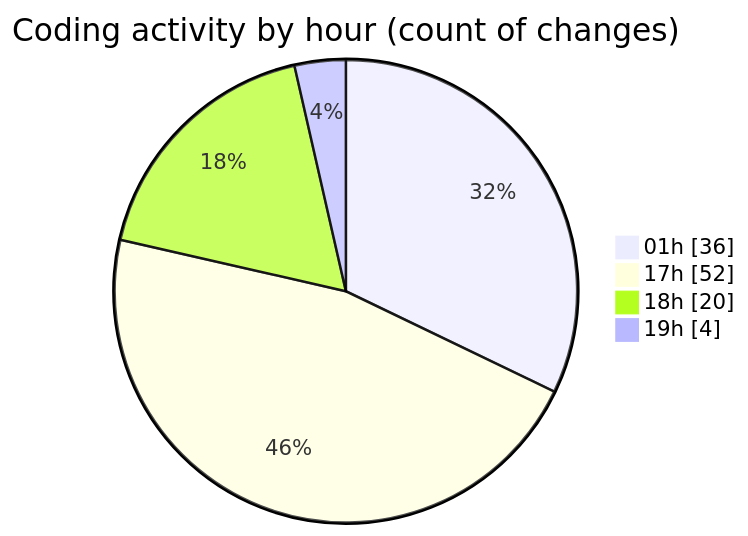
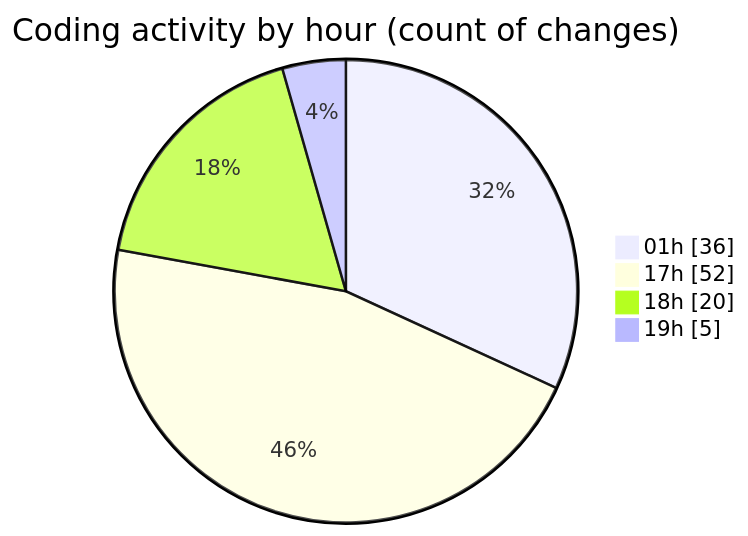
One commit to lephambinh05/code-tracking changed the second of 2 diagrams in 2025-07-29/appproject/README.md. Above: the diagram before and after it, drawn with Mermaid. The commit also changed other lines of this file and 1 other file, not shown here.

````diff
--- a/2025-07-29/appproject/README.md
+++ b/2025-07-29/appproject/README.md
@@ -79,8 +79,8 @@
 ```mermaid
 pie showData
 title Coding activity by hour (count of changes)
 "01h" : 36
 "17h" : 52
 "18h" : 20
-"19h" : 4
+"19h" : 5
 ```
````
